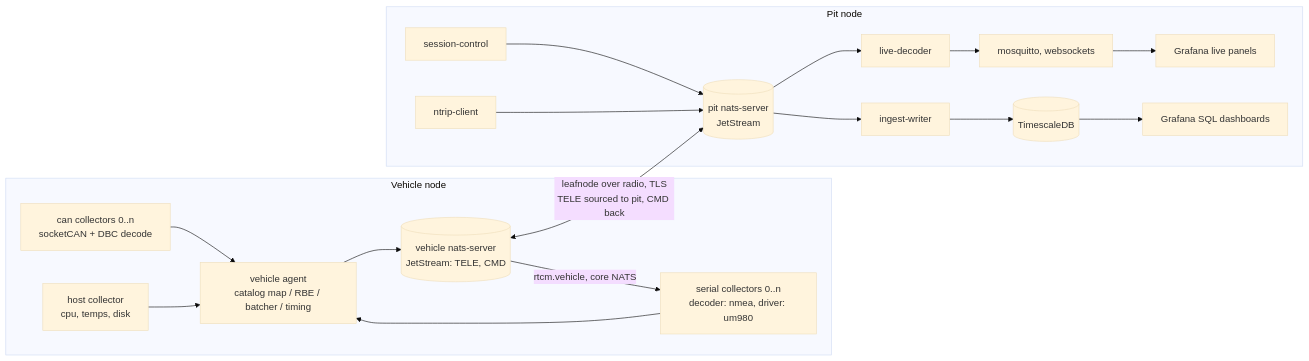
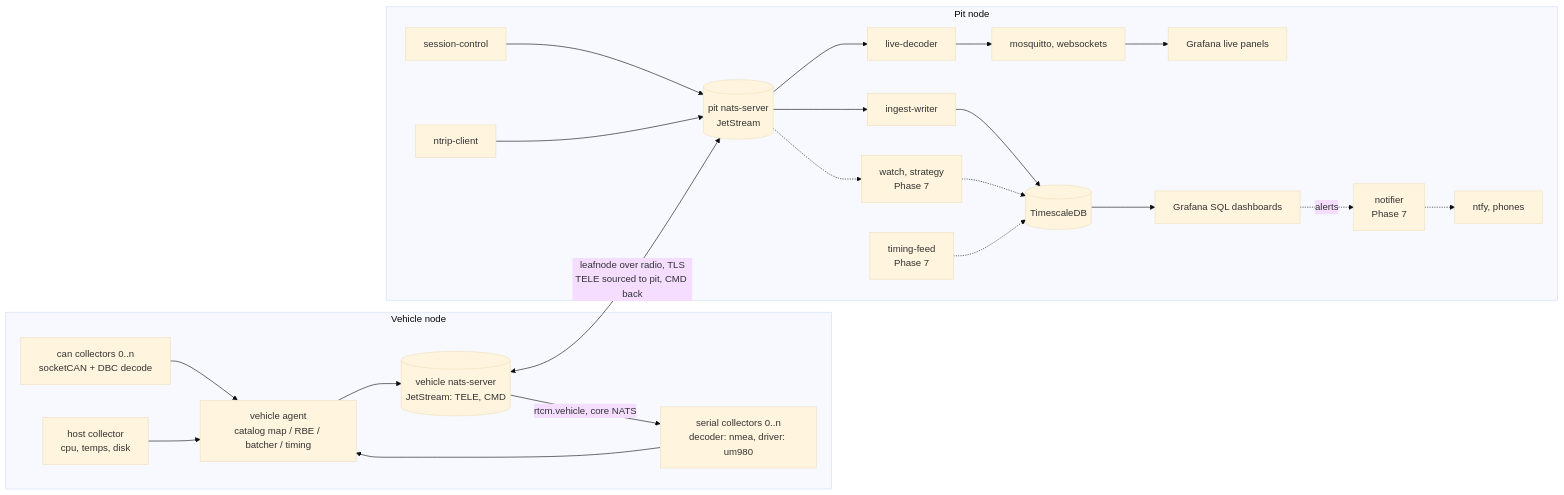
The first of 4 diagrams in docs/ARCHITECTURE.md (Robert-McMahon/openlaps), drawn with Mermaid (base theme) before and after one commit. The commit also changed other lines of this file and 4 other files, not shown here.

````diff
--- a/docs/ARCHITECTURE.md
+++ b/docs/ARCHITECTURE.md
@@ -26,18 +26,21 @@
 ```mermaid
 flowchart LR
   subgraph vehicle [Vehicle node]
     CAN0[can collectors 0..n<br/>socketCAN + DBC decode] --> AGENT
     SER0[serial collectors 0..n<br/>decoder: nmea, driver: um980] --> AGENT
     HOST[host collector<br/>cpu, temps, disk] --> AGENT
     AGENT[vehicle agent<br/>catalog map / RBE / batcher / timing] --> VNATS[(vehicle nats-server<br/>JetStream: TELE, CMD)]
     VNATS -- "rtcm.vehicle, core NATS" --> SER0
   end
   VNATS <-- "leafnode over radio, TLS<br/>TELE sourced to pit, CMD back" --> PNATS[(pit nats-server<br/>JetStream)]
   subgraph pit [Pit node]
     PNATS --> WRITER[ingest-writer] --> TSDB[(TimescaleDB)]
     PNATS --> LIVE[live-decoder] --> MQ[mosquitto, websockets] --> GLIVE[Grafana live panels]
     TSDB --> GSQL[Grafana SQL dashboards]
     SC[session-control] --> PNATS
     NTRIP[ntrip-client] --> PNATS
+    PNATS -.-> WATCH[watch, strategy<br/>Phase 7] -.-> TSDB
+    FEED[timing-feed<br/>Phase 7] -.-> TSDB
+    GSQL -. "alerts" .-> NOTIF[notifier<br/>Phase 7] -.-> NTFY[ntfy, phones]
   end
 ```
````
